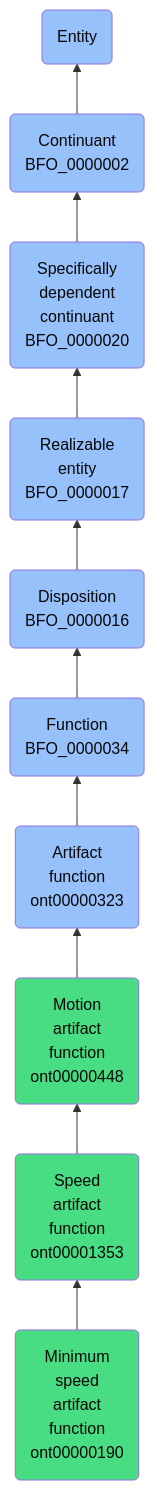
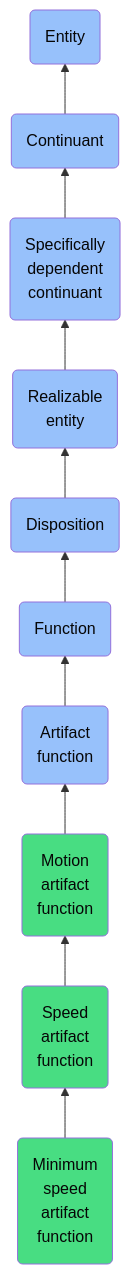
One commit to jupyter-naas/abi changed the diagram in docs/ontology/reference/model/Entity/Continuant/Specifically dependent continuant/Realizable entity/Disposition/Function/Artifact function/Motion artifact function/Speed artifact function/Minimum speed artifact function/Minimum speed artifact function.md. Above: the diagram before and after it, drawn with Mermaid. The commit also changed other lines of this file and 1430 other files, not shown here.

````diff
--- a/docs/ontology/reference/model/Entity/Continuant/Specifically dependent continuant/Realizable entity/Disposition/Function/Artifact function/Motion artifact function/Speed artifact function/Minimum speed artifact function/Minimum speed artifact function.md
+++ b/docs/ontology/reference/model/Entity/Continuant/Specifically dependent continuant/Realizable entity/Disposition/Function/Artifact function/Motion artifact function/Speed artifact function/Minimum speed artifact function/Minimum speed artifact function.md
@@ -24,17 +24,17 @@
 ```mermaid
 graph BT
-    ont00000190(Minimum<br>speed<br>artifact<br>function<br>ont00000190):::ABI-->ont00001353
-    ont00001353(Speed<br>artifact<br>function<br>ont00001353):::ABI-->ont00000448
-    ont00000448(Motion<br>artifact<br>function<br>ont00000448):::ABI-->ont00000323
-    ont00000323(Artifact<br>function<br>ont00000323):::BFO-->BFO_0000034
-    BFO_0000034(Function<br>BFO_0000034):::BFO-->BFO_0000016
-    BFO_0000016(Disposition<br>BFO_0000016):::BFO-->BFO_0000017
-    BFO_0000017(Realizable<br>entity<br>BFO_0000017):::BFO-->BFO_0000020
-    BFO_0000020(Specifically<br>dependent<br>continuant<br>BFO_0000020):::BFO-->BFO_0000002
-    BFO_0000002(Continuant<br>BFO_0000002):::BFO-->BFO_0000001
+    ont00000190(Minimum<br>speed<br>artifact<br>function):::ABI-->ont00001353
+    ont00001353(Speed<br>artifact<br>function):::ABI-->ont00000448
+    ont00000448(Motion<br>artifact<br>function):::ABI-->ont00000323
+    ont00000323(Artifact<br>function):::BFO-->BFO_0000034
+    BFO_0000034(Function):::BFO-->BFO_0000016
+    BFO_0000016(Disposition):::BFO-->BFO_0000017
+    BFO_0000017(Realizable<br>entity):::BFO-->BFO_0000020
+    BFO_0000020(Specifically<br>dependent<br>continuant):::BFO-->BFO_0000002
+    BFO_0000002(Continuant):::BFO-->BFO_0000001
     BFO_0000001(Entity):::BFO
     
     classDef BFO fill:#97c1fb,color:#060606
     classDef CCO fill:#e4c51e,color:#060606
     classDef ABI fill:#48DD82,color:#060606
 ```
````
